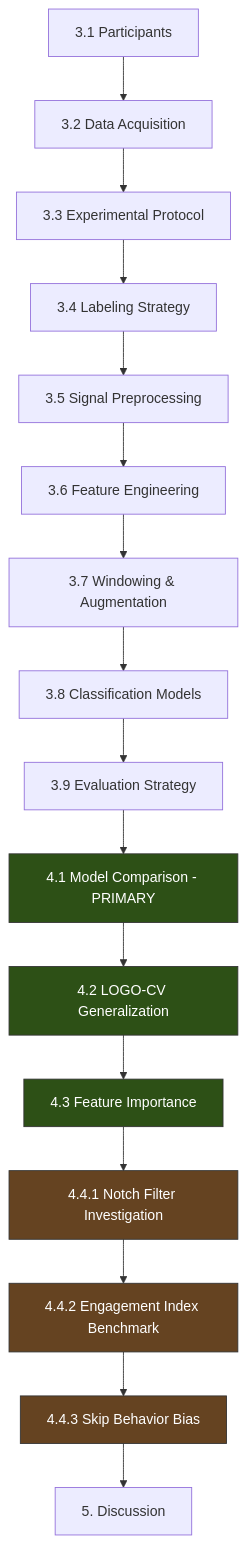
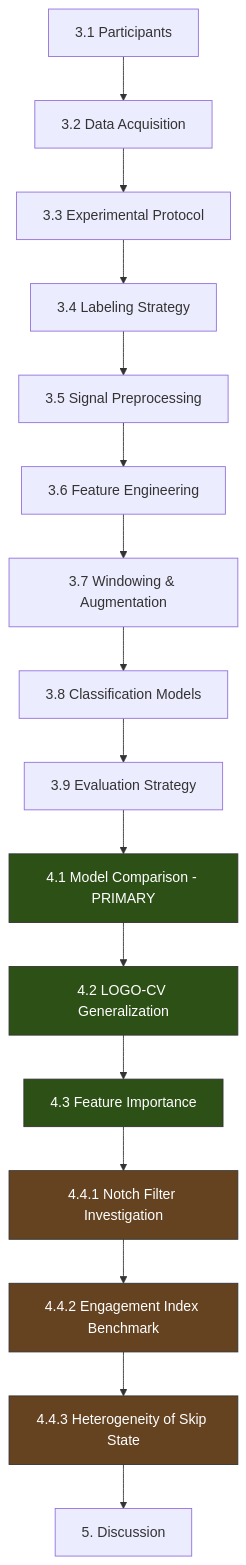
One commit to coffeeandcoffee/mscth_rec changed the diagram in THESIS_STRUCTURE.md. Above: the diagram before and after it, drawn with Mermaid. The commit also changed other lines of this file and 6 other files, not shown here.

Commit message:
docs(analysis): add Skip Class Heterogeneity analysis (n=25) and update interpretations

````diff
--- a/THESIS_STRUCTURE.md
+++ b/THESIS_STRUCTURE.md
@@ -416,25 +416,25 @@
 ```mermaid
 graph TD
     A[3.1 Participants] --> B[3.2 Data Acquisition]
     B --> C[3.3 Experimental Protocol]
     C --> D[3.4 Labeling Strategy]
     D --> E[3.5 Signal Preprocessing]
     E --> F[3.6 Feature Engineering]
     F --> G[3.7 Windowing & Augmentation]
     G --> H[3.8 Classification Models]
     H --> I[3.9 Evaluation Strategy]
     I --> J[4.1 Model Comparison - PRIMARY]
     J --> K[4.2 LOGO-CV Generalization]
     K --> L[4.3 Feature Importance]
     L --> M[4.4.1 Notch Filter Investigation]
     M --> N[4.4.2 Engagement Index Benchmark]
-    N --> O[4.4.3 Skip Behavior Bias]
+    N --> O[4.4.3 Heterogeneity of Skip State]
     O --> P[5. Discussion]
     
     style J fill:#2d5016,stroke:#333,color:#fff
     style K fill:#2d5016,stroke:#333,color:#fff
     style L fill:#2d5016,stroke:#333,color:#fff
     style M fill:#654321,stroke:#333,color:#fff
     style N fill:#654321,stroke:#333,color:#fff
     style O fill:#654321,stroke:#333,color:#fff
 ```
````
